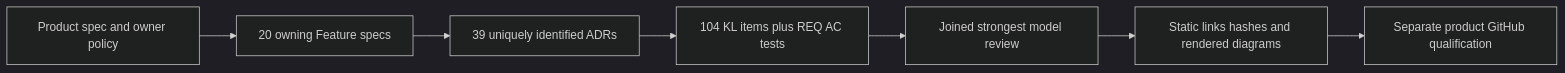
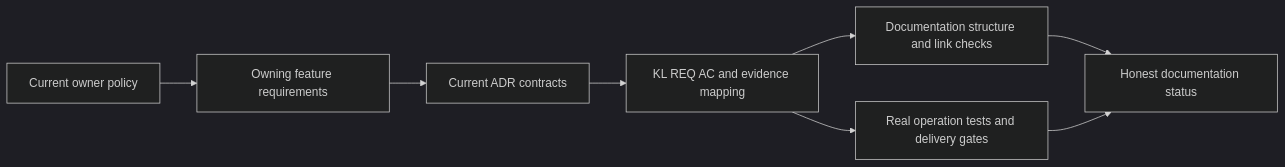
Before and after one commit to managedcode/KeyLoad: the diagram in docs/ADR/ADR-037-documentation-coverage.md, drawn with Mermaid (dark theme). The commit also changed other lines of this file and 152 other files, not shown here.

````diff
--- a/docs/ADR/ADR-037-documentation-coverage.md
+++ b/docs/ADR/ADR-037-documentation-coverage.md
@@ -13,9 +23,10 @@
 ```mermaid
 flowchart LR
-    Spec[Product spec and owner policy] --> Features[20 owning Feature specs]
-    Features --> Decisions[39 uniquely identified ADRs]
-    Decisions --> Trace[104 KL items plus REQ AC tests]
-    Trace --> Review[Joined strongest model review]
-    Review --> Docs[Static links hashes and rendered diagrams]
-    Docs --> CI[Separate product GitHub qualification]
+    Policy[Current owner policy] --> Features[Owning feature requirements]
+    Features --> Decisions[Current ADR contracts]
+    Decisions --> Trace[KL REQ AC and evidence mapping]
+    Trace --> Structural[Documentation structure and link checks]
+    Trace --> Functional[Real operation tests and delivery gates]
+    Structural --> Status[Honest documentation status]
+    Functional --> Status
 ```
````
